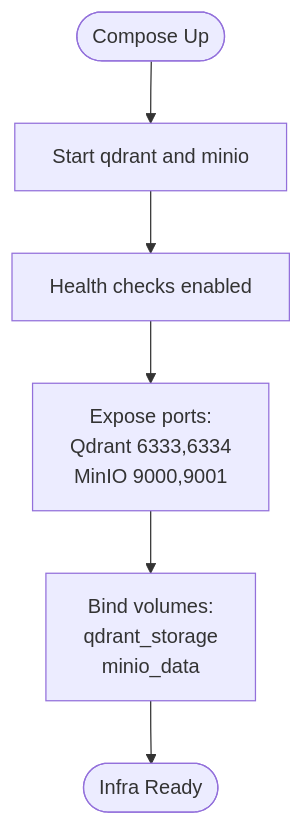
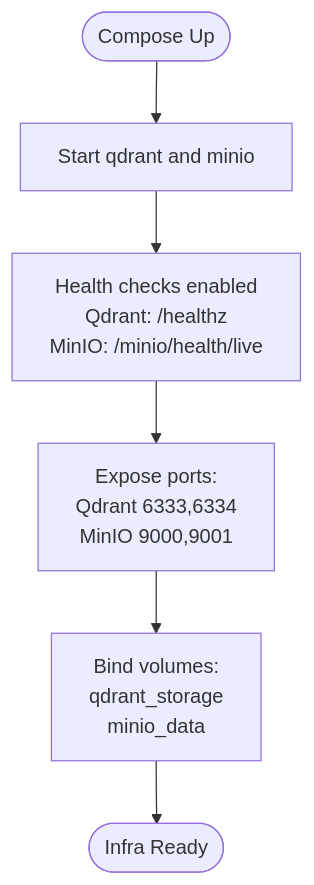
One commit to ognelis/cafetera_hr_bot changed the tenth of 11 diagrams in .qoder/repowiki/en/content/Deployment and Operations.md. Above: the diagram before and after it, drawn with Mermaid. The commit also changed other lines of this file and 4 other files, not shown here.

````diff
--- a/.qoder/repowiki/en/content/Deployment and Operations.md
+++ b/.qoder/repowiki/en/content/Deployment and Operations.md
@@ -356,8 +458,8 @@
 ```mermaid
 flowchart TD
 Start(["Compose Up"]) --> Services["Start qdrant and minio"]
-Services --> Health["Health checks enabled"]
+Services --> Health["Health checks enabled<br/>Qdrant: /healthz<br/>MinIO: /minio/health/live"]
 Health --> Ports["Expose ports:<br/>Qdrant 6333,6334<br/>MinIO 9000,9001"]
 Ports --> Volumes["Bind volumes:<br/>qdrant_storage<br/>minio_data"]
 Volumes --> Ready(["Infra Ready"])
 ```
````
